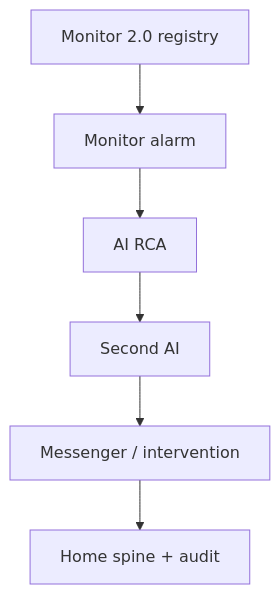
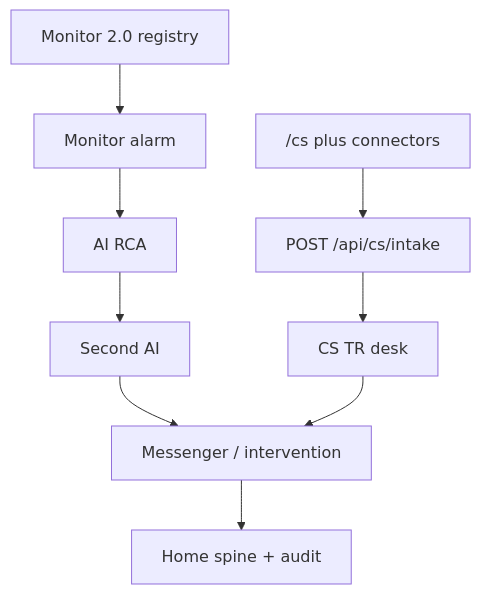
One commit to hxyan2020/PRD changed the third of 8 diagrams in platform/docs/TSD.md. Above: the diagram before and after it, drawn with Mermaid. The commit also changed other lines of this file and 9 other files, not shown here.

First line of the commit message:
Enrich the TSD with CS/TR schema, intake, wait loop, and catalog.

````diff
--- a/platform/docs/TSD.md
+++ b/platform/docs/TSD.md
@@ -89,8 +96,11 @@
 ```mermaid
 graph TD
   M2[Monitor 2.0 registry] --> Alarm[Monitor alarm]
   Alarm --> RCA[AI RCA]
   RCA --> Challenger[Second AI]
   Challenger --> Messenger[Messenger / intervention]
   Messenger --> Spine[Home spine + audit]
+  Portal["/cs plus connectors"] --> Intake[POST /api/cs/intake]
+  Intake --> Desk[CS TR desk]
+  Desk --> Messenger
 ```
````
